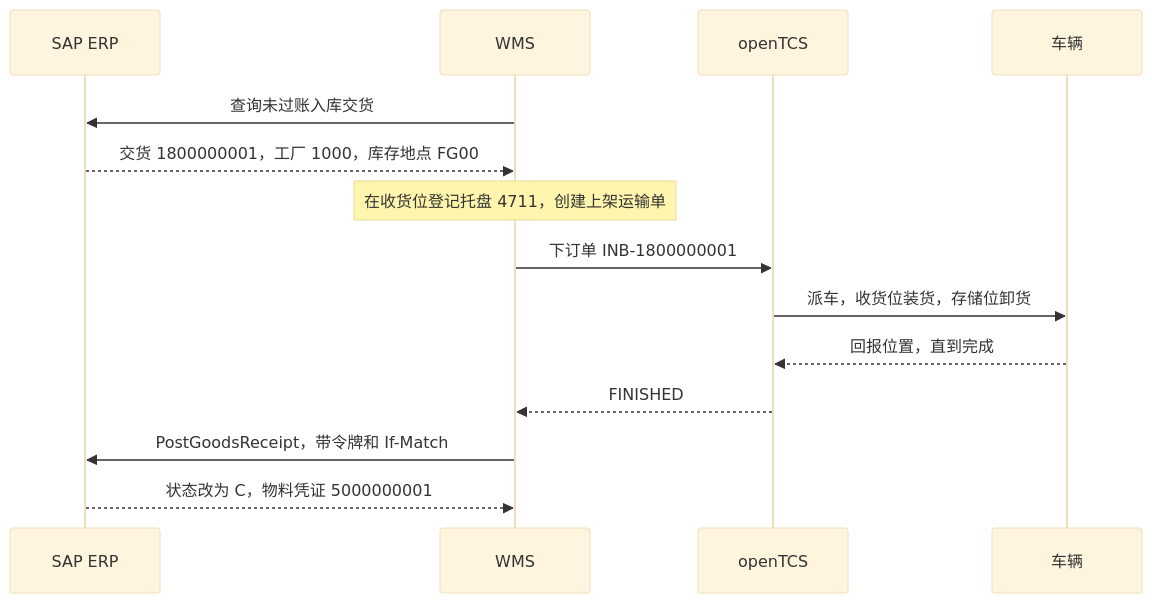
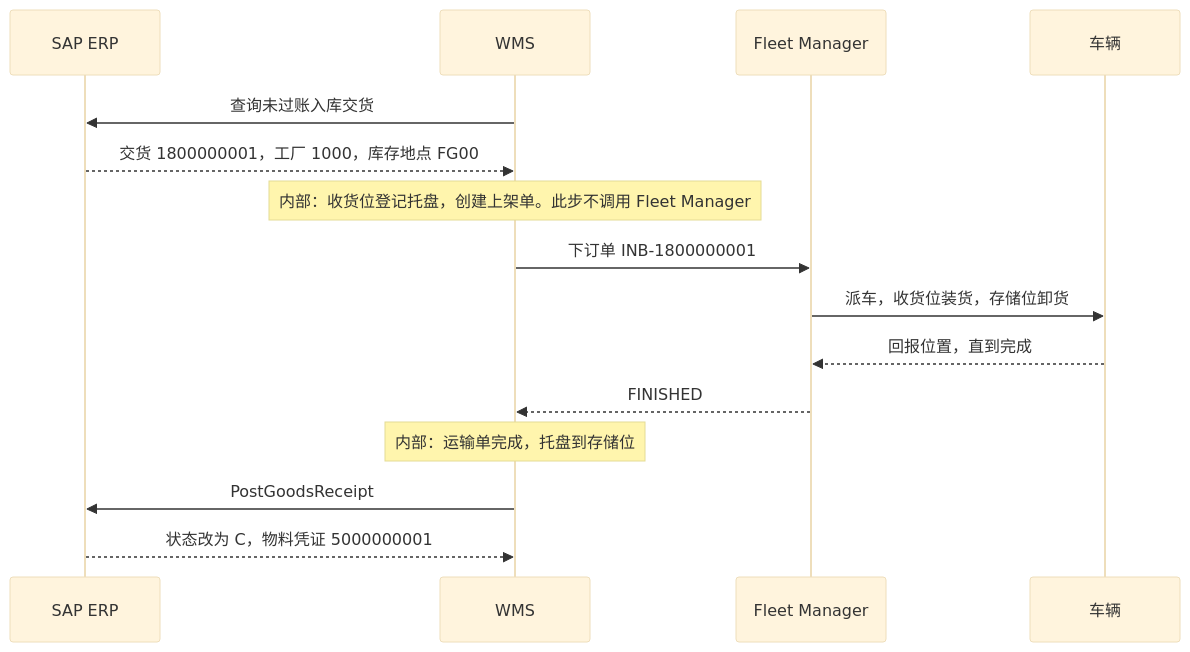
The second of 4 diagrams in README.md (j61398257-lab/copilot-clip-agent), drawn with Mermaid (base theme) before and after one commit. The commit also changed other lines of this file and 23 other files, not shown here.

First line of the commit message:
调用链改成 SAP、WMS、Fleet Manager 串行

````diff
--- a/README.md
+++ b/README.md
@@ -29,16 +28,17 @@
 ```mermaid
 sequenceDiagram
   participant SAP as SAP ERP
   participant WMS as WMS
-  participant TCS as openTCS
+  participant FM as Fleet Manager
   participant CAR as 车辆
   WMS->>SAP: 查询未过账入库交货
   SAP-->>WMS: 交货 1800000001，工厂 1000，库存地点 FG00
-  Note over WMS: 在收货位登记托盘 4711，创建上架运输单
-  WMS->>TCS: 下订单 INB-1800000001
-  TCS->>CAR: 派车，收货位装货，存储位卸货
-  CAR-->>TCS: 回报位置，直到完成
-  TCS-->>WMS: FINISHED
-  WMS->>SAP: PostGoodsReceipt，带令牌和 If-Match
+  Note over WMS: 内部：收货位登记托盘，创建上架单。此步不调用 Fleet Manager
+  WMS->>FM: 下订单 INB-1800000001
+  FM->>CAR: 派车，收货位装货，存储位卸货
+  CAR-->>FM: 回报位置，直到完成
+  FM-->>WMS: FINISHED
+  Note over WMS: 内部：运输单完成，托盘到存储位
+  WMS->>SAP: PostGoodsReceipt
   SAP-->>WMS: 状态改为 C，物料凭证 5000000001
 ```
````
